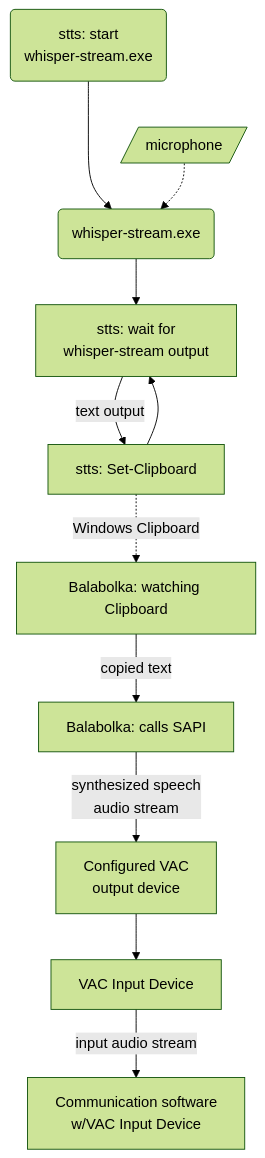
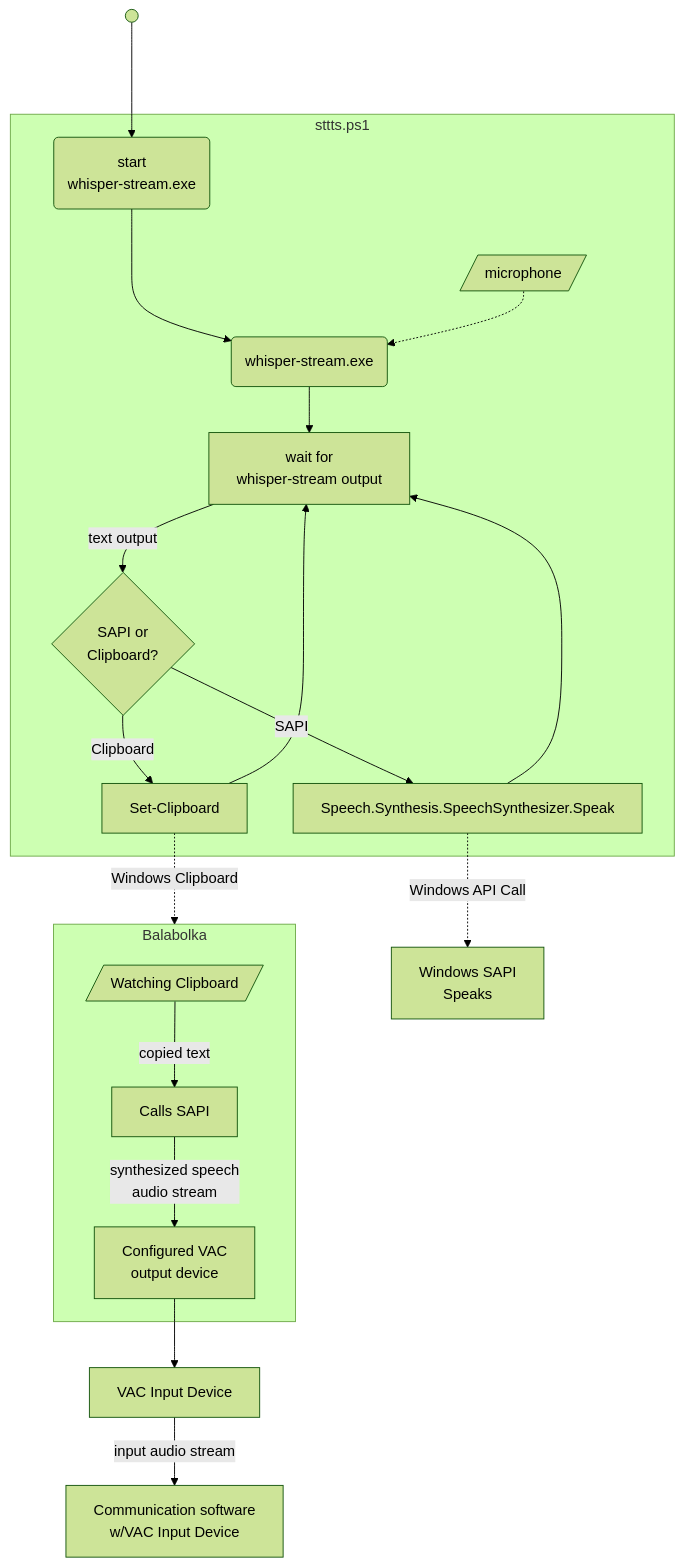
One commit to pupitetris/sttts changed the diagram in README.md. Above: the diagram before and after it, drawn with Mermaid (forest theme). The commit also changed other lines of this file, not shown here.

````diff
--- a/README.md
+++ b/README.md
@@ -53,22 +83,41 @@
 ```mermaid
----
-config:
-  layout: dagre
----
 flowchart TB
-    H(stts: start
-    whisper-stream.exe)
-    H ---> W(whisper-stream.exe)
-    I[/microphone/] -.-> W
-    W --> A["stts: wait for
-        whisper-stream output"] -- text output --> B["stts: Set-Clipboard"]
-    B --> A
-    B -. Windows Clipboard .-> C["Balabolka: watching Clipboard"]
-    C -- copied text --> D["Balabolka: calls SAPI"]
-    D -- synthesized speech
-    audio stream --> E["Configured VAC
+    subgraph s1["sttts.ps1"]
+        H("start
+            whisper-stream.exe")
+        W("whisper-stream.exe")
+        I[/"microphone"/]
+        A["wait for
+            whisper-stream output"]
+        SoC{"SAPI or 
+            Clipboard?"}
+        S["Speech.Synthesis.SpeechSynthesizer.Speak"]
+        B["Set-Clipboard"]
+    end
+    subgraph Bala["Balabolka"]
+        C[/"Watching Clipboard"/]
+        D["Calls SAPI"]
+        E["Configured VAC
         output device"]
-    E --> F["VAC Input Device"]
-    F -- input audio stream --> G["Communication software
+    end
+L["sttts.cmd"] ---> H
+H ---> W
+I -.-> W
+W --> A
+A -- text output --> SoC
+SoC -- SAPI --> S
+SoC -- Clipboard --> B
+S --> A
+B --> A
+S -. Windows API Call .-> WS["Windows SAPI
+    Speaks"]
+B -. Windows Clipboard .-> Bala
+C -- copied text --> D
+D -- synthesized speech
+    audio stream --> E
+E --> F["VAC Input Device"]
+F -- input audio stream --> G["Communication software
     w/VAC Input Device"]
+
+L@{ shape: sm-circ}
 ```
````
